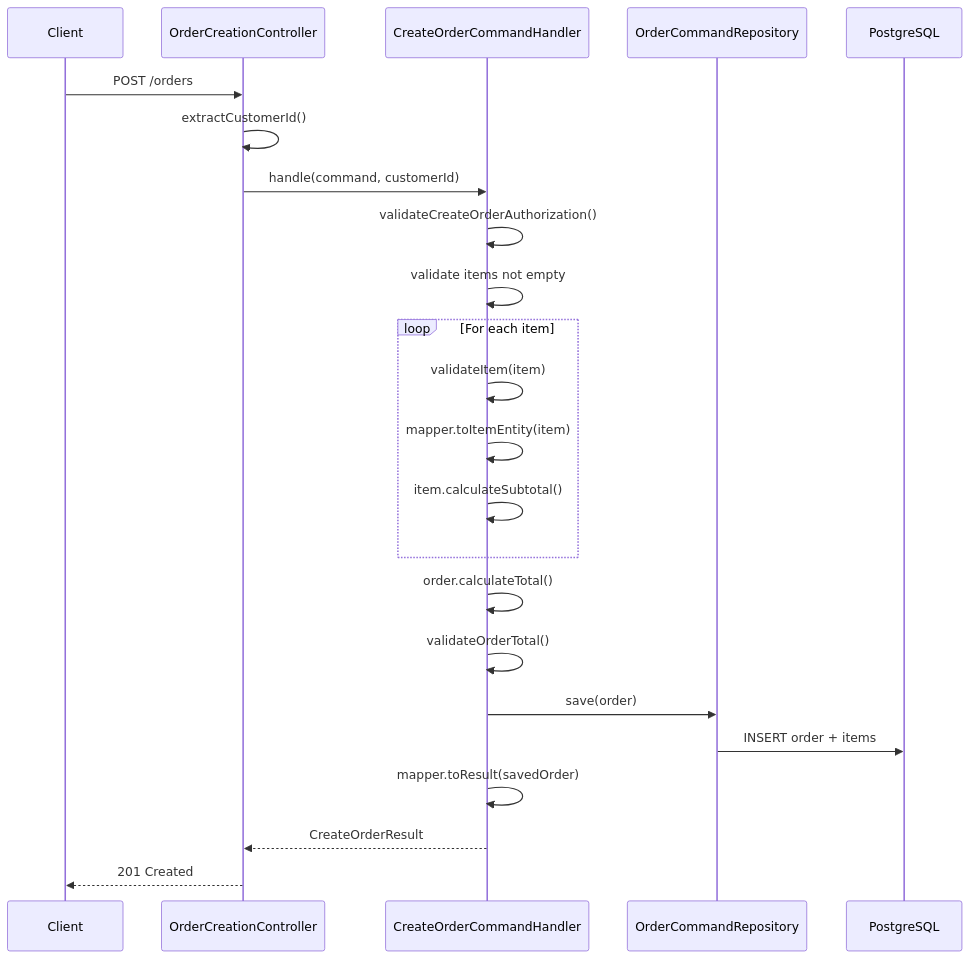
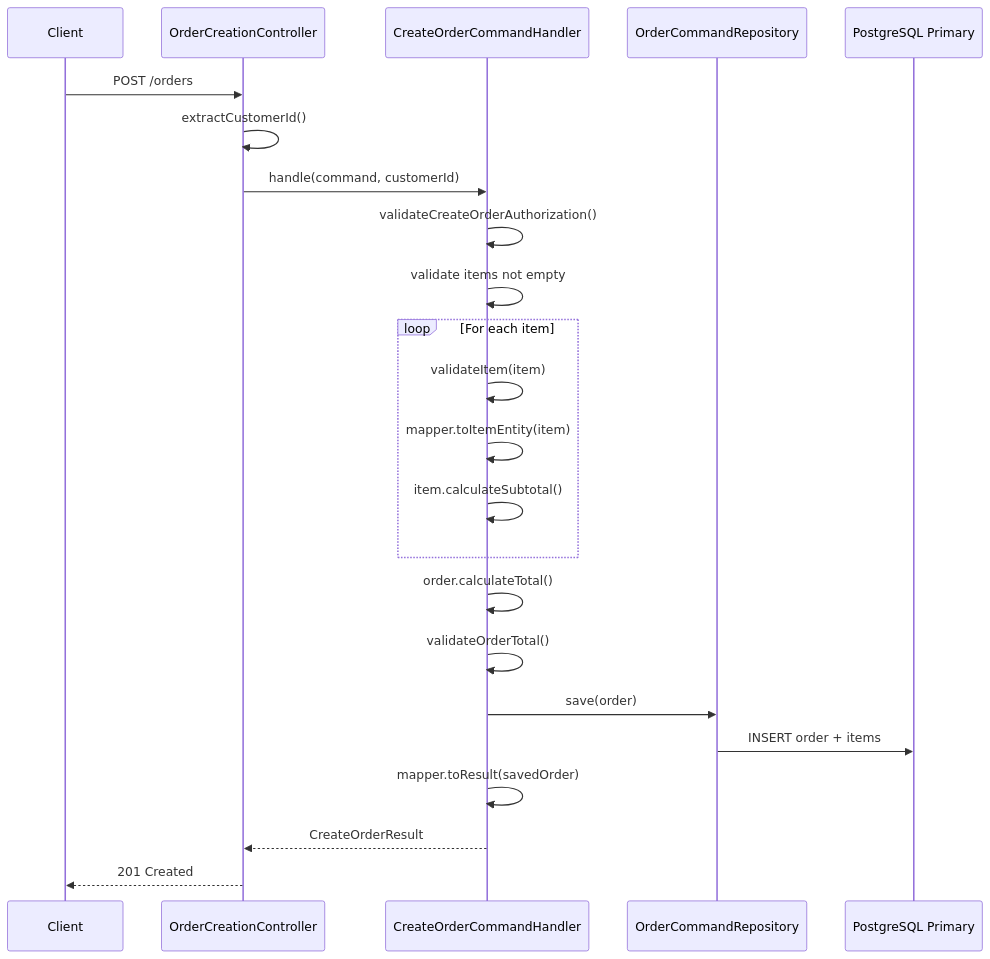
Before and after one commit to heandroro/java-spring-boot-cqrs: the second of 6 diagrams in README.md, drawn with Mermaid. The commit also changed other lines of this file, not shown here.

Commit message:
docs(cqrs): update sequence diagrams with primary and replica

````diff
--- a/README.md
+++ b/README.md
@@ -574,26 +574,26 @@
 ```mermaid
 sequenceDiagram
     participant Client
     participant OCC as OrderCreationController
     participant OCH as CreateOrderCommandHandler
     participant OCR as OrderCommandRepository
-    participant DB as PostgreSQL
+    participant DBP as PostgreSQL Primary
 
     Client->>OCC: POST /orders
     OCC->>OCC: extractCustomerId()
     OCC->>OCH: handle(command, customerId)
     OCH->>OCH: validateCreateOrderAuthorization()
     OCH->>OCH: validate items not empty
     loop For each item
         OCH->>OCH: validateItem(item)
         OCH->>OCH: mapper.toItemEntity(item)
         OCH->>OCH: item.calculateSubtotal()
     end
     OCH->>OCH: order.calculateTotal()
     OCH->>OCH: validateOrderTotal()
     OCH->>OCR: save(order)
-    OCR->>DB: INSERT order + items
+    OCR->>DBP: INSERT order + items
     OCH->>OCH: mapper.toResult(savedOrder)
     OCH-->>OCC: CreateOrderResult
     OCC-->>Client: 201 Created
 ```
````
